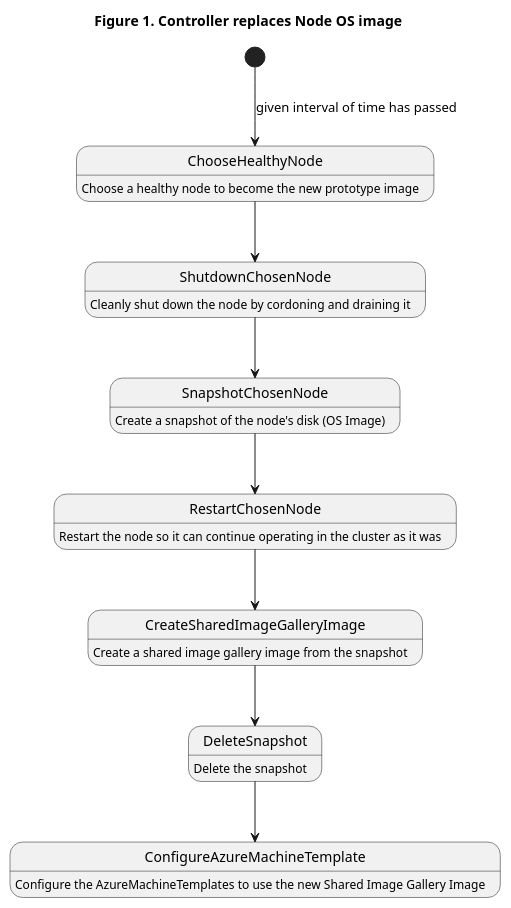
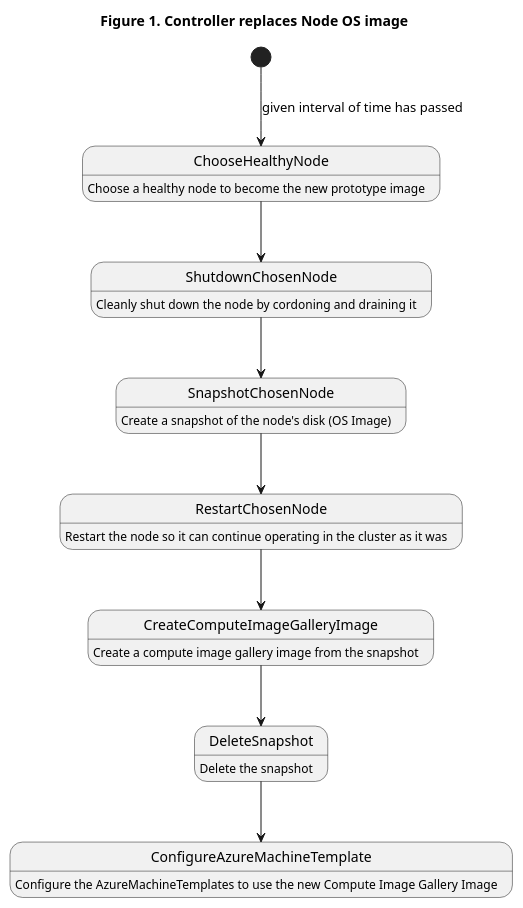
One commit to bennycortese/cluster-api-provider-azure changed the diagram in docs/proposals/images/node-os-image-cache.plantuml. Above: the diagram before and after it, drawn with PlantUML. The commit also changed 1 other file, not shown here.

Commit message:
Fixed plantuml diagram referencing shared image galleries instead of compute image galleries

```diff
--- a/docs/proposals/images/node-os-image-cache.plantuml
+++ b/docs/proposals/images/node-os-image-cache.plantuml
@@ -1,25 +1,25 @@
 @startuml
 title Figure 1. Controller replaces Node OS image
 
 [*] --> ChooseHealthyNode  : given interval of time has passed
 ChooseHealthyNode : Choose a healthy node to become the new prototype image
 ChooseHealthyNode --> ShutdownChosenNode
 
 ShutdownChosenNode : Cleanly shut down the node by cordoning and draining it
 ShutdownChosenNode --> SnapshotChosenNode
 
 SnapshotChosenNode : Create a snapshot of the node's disk (OS Image)
 SnapshotChosenNode --> RestartChosenNode
 
 RestartChosenNode : Restart the node so it can continue operating in the cluster as it was
-RestartChosenNode --> CreateSharedImageGalleryImage
+RestartChosenNode --> CreateComputeImageGalleryImage
 
-CreateSharedImageGalleryImage : Create a shared image gallery image from the snapshot
-CreateSharedImageGalleryImage --> DeleteSnapshot
+CreateComputeImageGalleryImage : Create a compute image gallery image from the snapshot
+CreateComputeImageGalleryImage --> DeleteSnapshot
 
 DeleteSnapshot : Delete the snapshot
 DeleteSnapshot --> ConfigureAzureMachineTemplate
 
-ConfigureAzureMachineTemplate : Configure the AzureMachineTemplates to use the new Shared Image Gallery Image
+ConfigureAzureMachineTemplate : Configure the AzureMachineTemplates to use the new Compute Image Gallery Image
 
 @enduml
```
